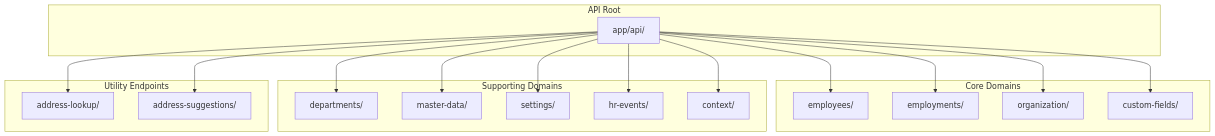
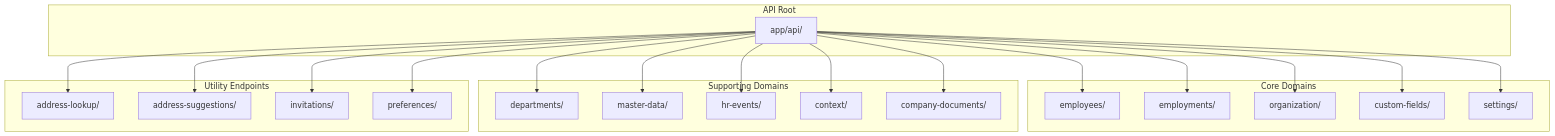
The first of 8 diagrams in .qoder/repowiki/en/content/Architecture Overview/Backend Architecture/API Routes Architecture.md (EdwinCycling/LiquidHR), drawn with Mermaid before and after one commit. The commit also changed other lines of this file and 73 other files, not shown here.

````diff
--- a/.qoder/repowiki/en/content/Architecture Overview/Backend Architecture/API Routes Architecture.md
+++ b/.qoder/repowiki/en/content/Architecture Overview/Backend Architecture/API Routes Architecture.md
@@ -42,34 +52,40 @@
 ```mermaid
 graph TB
 subgraph "API Root"
 A["app/api/"]
 end
 subgraph "Core Domains"
 B["employees/"]
 C["employments/"]
 D["organization/"]
 E["custom-fields/"]
+F["settings/"]
 end
 subgraph "Supporting Domains"
-F["departments/"]
-G["master-data/"]
-H["settings/"]
+G["departments/"]
+H["master-data/"]
 I["hr-events/"]
 J["context/"]
+K["company-documents/"]
 end
 subgraph "Utility Endpoints"
-K["address-lookup/"]
-L["address-suggestions/"]
+L["address-lookup/"]
+M["address-suggestions/"]
+N["invitations/"]
+O["preferences/"]
 end
 A --> B
 A --> C
 A --> D
 A --> E
 A --> F
 A --> G
 A --> H
 A --> I
 A --> J
 A --> K
 A --> L
+A --> M
+A --> N
+A --> O
 ```
````
